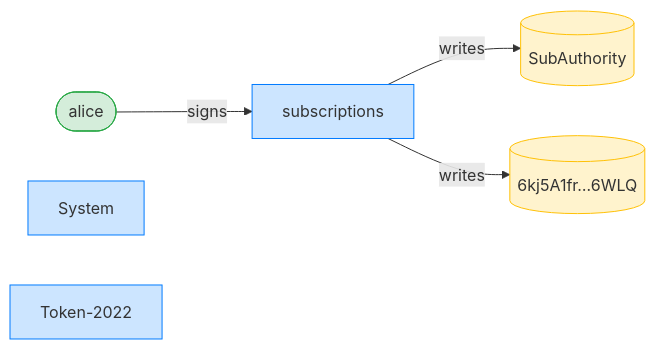
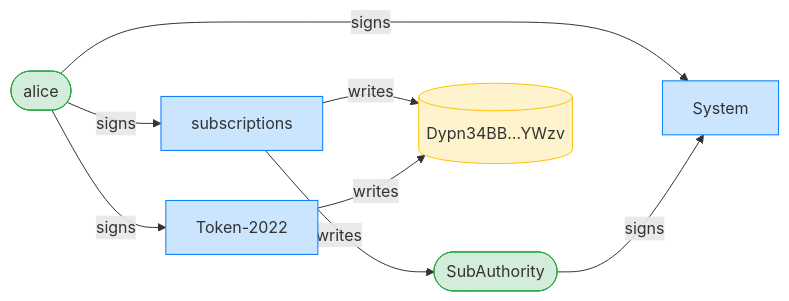
The third of 4 diagrams in dsl_tests/initialize-over-a-token-2022-mint---confidentialtransfermint--.md (cds-rs/subscriptions), drawn with Mermaid before and after one commit. The commit also changed other lines of this file and 224 other files, not shown here.

````diff
--- a/dsl_tests/initialize-over-a-token-2022-mint---confidentialtransfermint--.md
+++ b/dsl_tests/initialize-over-a-token-2022-mint---confidentialtransfermint--.md
@@ -55,15 +56,19 @@
 ```mermaid
 flowchart LR
     classDef signer fill:#d4edda,stroke:#28a745;
     classDef program fill:#cce5ff,stroke:#007bff;
     classDef writable fill:#fff3cd,stroke:#ffc107;
     subscriptions[subscriptions]:::program
     alice([alice]):::signer
-    SubAuthority[(SubAuthority)]:::writable
-    6kj5A1fr_6WLQ[("6kj5A1fr…6WLQ")]:::writable
+    SubAuthority([SubAuthority]):::signer
+    Dypn34BB_YWzv[("Dypn34BB…YWzv")]:::writable
     System[System]:::program
     Token_2022["Token-2022"]:::program
     alice -->|signs| subscriptions
+    alice -->|signs| System
+    SubAuthority -->|signs| System
+    alice -->|signs| Token_2022
     subscriptions -->|writes| SubAuthority
-    subscriptions -->|writes| 6kj5A1fr_6WLQ
+    subscriptions -->|writes| Dypn34BB_YWzv
+    Token_2022 -->|writes| Dypn34BB_YWzv
 ```
````
